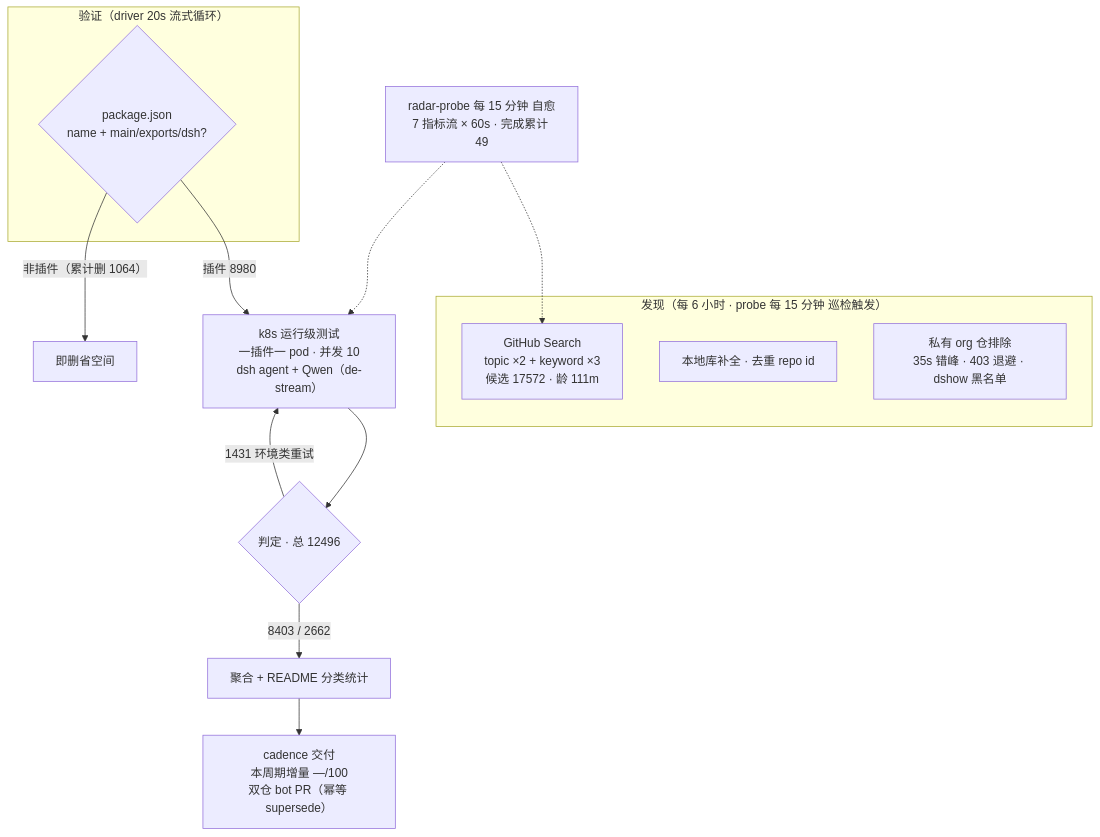
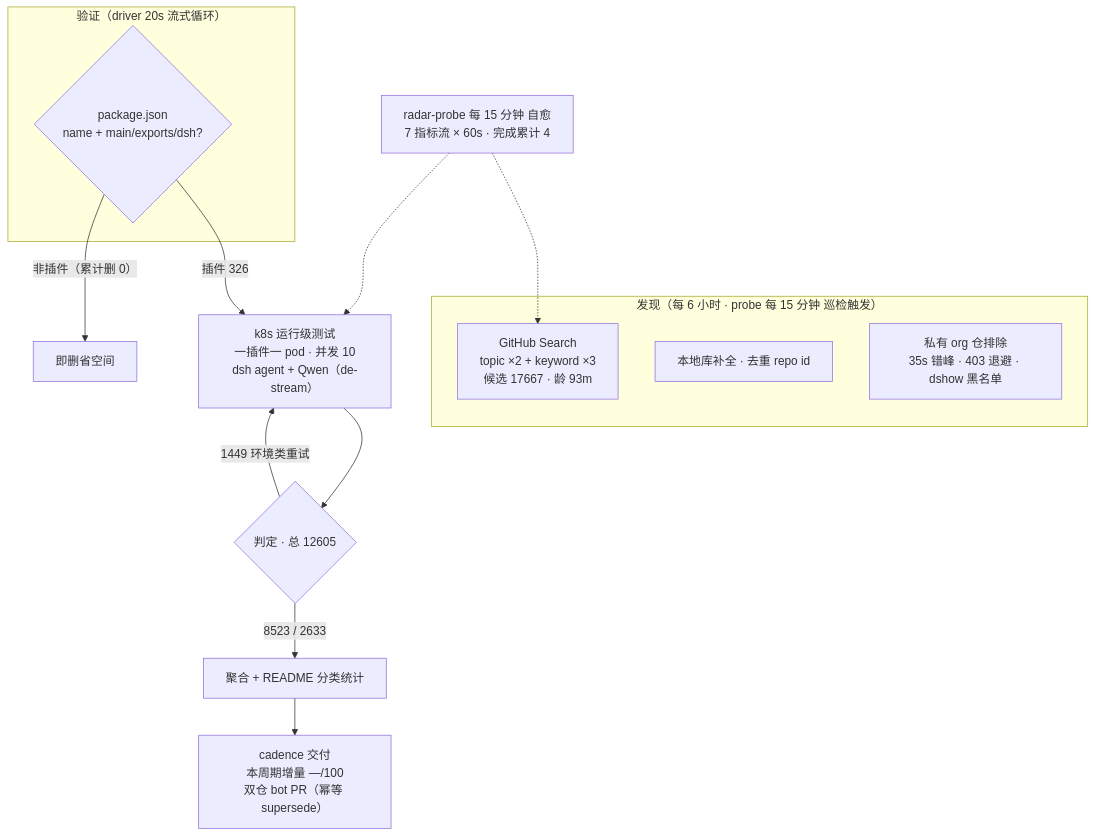
The diagram in public/readmes/awesome-dsh-plugins.md (the-beating-light-of-the-nail/dsh-meme-hub-site), drawn with Mermaid before and after one commit. The commit also changed other lines of this file and 273 other files, not shown here.

````diff
--- a/public/readmes/awesome-dsh-plugins.md
+++ b/public/readmes/awesome-dsh-plugins.md
@@ -52,20 +52,20 @@
 ```mermaid
 flowchart TB
     subgraph Discovery["发现（每 6 小时 · probe 每 15 分钟 巡检触发）"]
-        A1["GitHub Search<br/>topic ×2 + keyword ×3<br/>候选 17572 · 龄 111m"]
+        A1["GitHub Search<br/>topic ×2 + keyword ×3<br/>候选 17667 · 龄 93m"]
         A2["本地库补全 · 去重 repo id"]
         A3["私有 org 仓排除<br/>35s 错峰 · 403 退避 · dshow 黑名单"]
     end
     subgraph Validation["验证（driver 20s 流式循环）"]
         B1{"package.json<br/>name + main/exports/dsh?"}
     end
-    B1 -->|"插件 8980"| C1["k8s 运行级测试<br/>一插件一 pod · 并发 10<br/>dsh agent + Qwen（de-stream）"]
-    B1 -->|"非插件（累计删 1064）"| B3["即删省空间"]
-    C1 --> D1{"判定 · 总 12496"}
-    D1 -->|"8403 / 2662"| E1["聚合 + README 分类统计"]
-    D1 -->|"1431 环境类重试"| C1
+    B1 -->|"插件 326"| C1["k8s 运行级测试<br/>一插件一 pod · 并发 10<br/>dsh agent + Qwen（de-stream）"]
+    B1 -->|"非插件（累计删 0）"| B3["即删省空间"]
+    C1 --> D1{"判定 · 总 12605"}
+    D1 -->|"8523 / 2633"| E1["聚合 + README 分类统计"]
+    D1 -->|"1449 环境类重试"| C1
     E1 --> E2["cadence 交付<br/>本周期增量 —/100<br/>双仓 bot PR（幂等 supersede）"]
-    M["radar-probe 每 15 分钟 自愈<br/>7 指标流 × 60s · 完成累计 49"]
+    M["radar-probe 每 15 分钟 自愈<br/>7 指标流 × 60s · 完成累计 4"]
     M -.-> A1
     M -.-> C1
 ```
````
